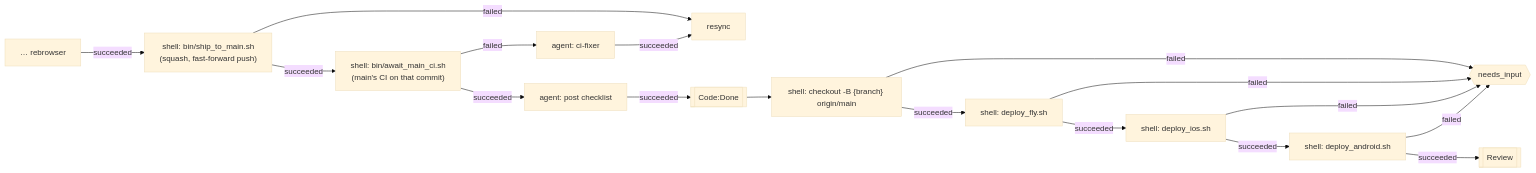
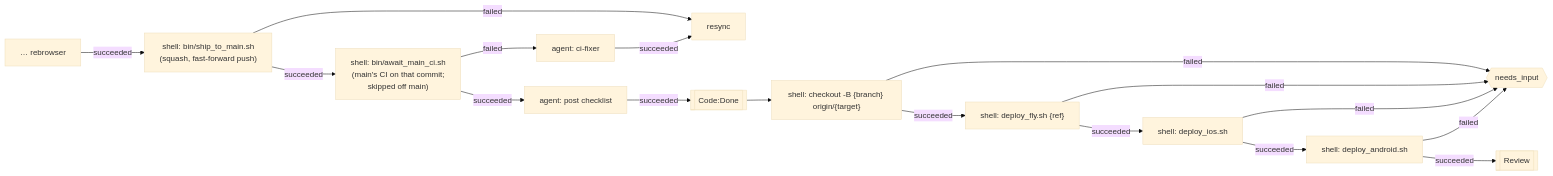
Before and after one commit to jeremylightsmith/relay: the second of 2 diagrams in docs/architecture/runner.md, drawn with Mermaid (base theme). The commit also changed other lines of this file and 46 other files, not shown here.

First line of the commit message:
RE458 Target branch: board default, per-card override, inherited by spawned cards

````diff
--- a/docs/architecture/runner.md
+++ b/docs/architecture/runner.md
@@ -71,16 +71,16 @@
 ```mermaid
 flowchart LR
     rebrowser["… rebrowser"] -- succeeded --> merge["shell: bin/ship_to_main.sh<br/>(squash, fast-forward push)"]
     merge -- failed --> resync["resync"]
-    merge -- succeeded --> await_ci["shell: bin/await_main_ci.sh<br/>(main's CI on that commit)"]
+    merge -- succeeded --> await_ci["shell: bin/await_main_ci.sh<br/>(main's CI on that commit;<br/>skipped off main)"]
     await_ci -- succeeded --> post["agent: post checklist"]
     await_ci -- failed --> github_fix["agent: ci-fixer"]
     github_fix -- succeeded --> resync
     post -- succeeded --> codedone[["Code:Done"]]
-    codedone --> checkout["shell: checkout -B {branch} origin/main"]
-    checkout -- succeeded --> fly["shell: deploy_fly.sh"]
+    codedone --> checkout["shell: checkout -B {branch} origin/{target}"]
+    checkout -- succeeded --> fly["shell: deploy_fly.sh {ref}"]
     fly -- succeeded --> ios["shell: deploy_ios.sh"]
     ios -- succeeded --> android["shell: deploy_android.sh"]
     android -- succeeded --> review[["Review"]]
     checkout & fly & ios & android -- failed --> human{{"needs_input"}}
 ```
````
